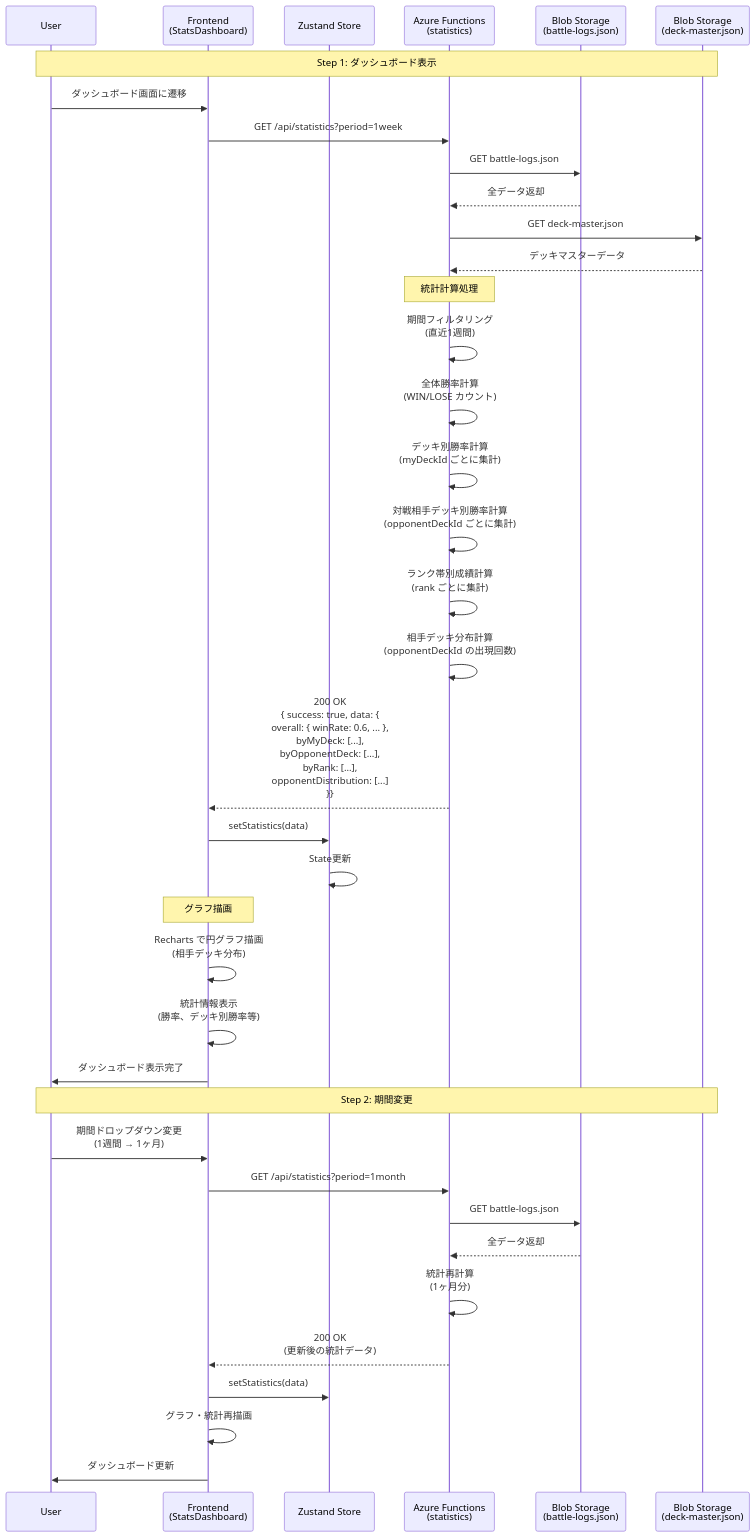
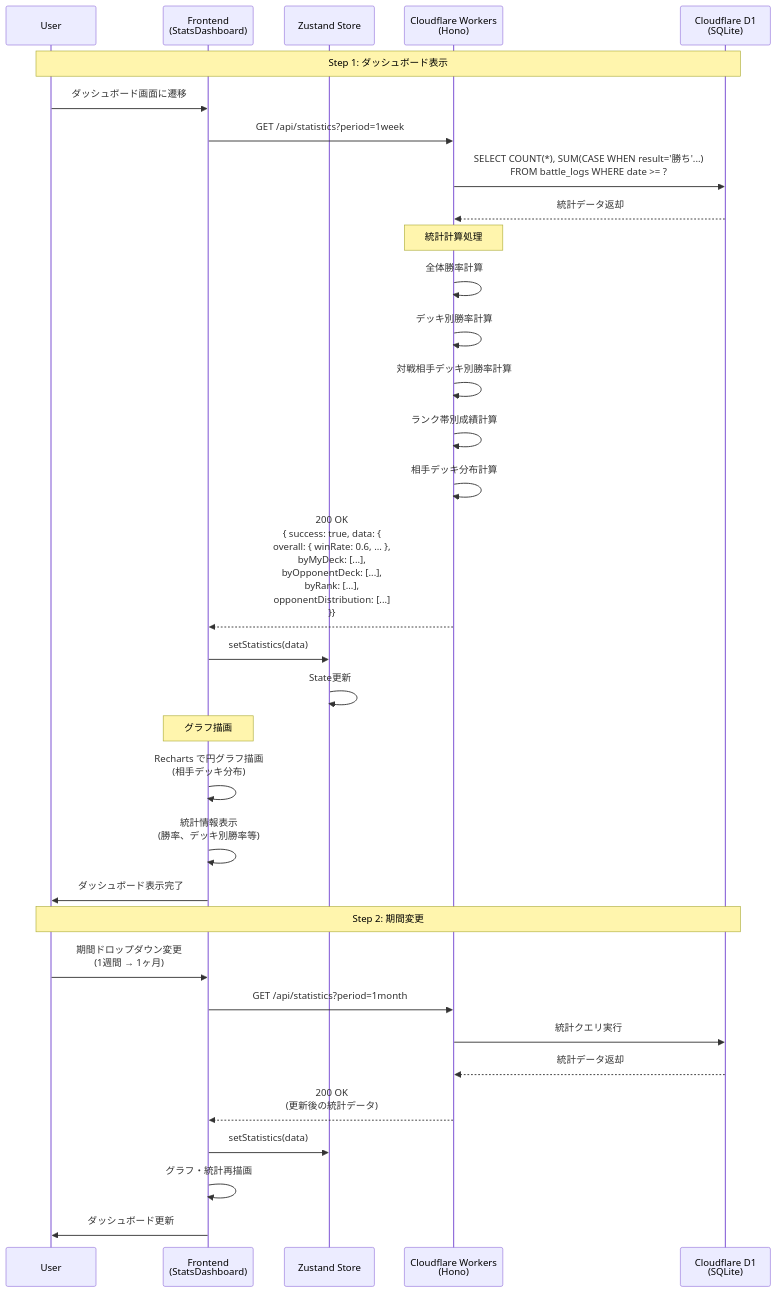
Before and after one commit to yaguma/shadowverse_log: the fourth of 9 diagrams in docs/design/shadowverse-battle-log/dataflow.md, drawn with Mermaid. The commit also changed other lines of this file and 6 other files, not shown here.

````diff
--- a/docs/design/shadowverse-battle-log/dataflow.md
+++ b/docs/design/shadowverse-battle-log/dataflow.md
@@ -144,49 +137,43 @@
 ```mermaid
 sequenceDiagram
     participant U as User
     participant F as Frontend<br/>(StatsDashboard)
     participant Z as Zustand Store
-    participant AF as Azure Functions<br/>(statistics)
-    participant BS as Blob Storage<br/>(battle-logs.json)
-    participant DM as Blob Storage<br/>(deck-master.json)
+    participant CW as Cloudflare Workers<br/>(Hono)
+    participant D1 as Cloudflare D1<br/>(SQLite)
 
-    Note over U,DM: Step 1: ダッシュボード表示
+    Note over U,D1: Step 1: ダッシュボード表示
     U->>F: ダッシュボード画面に遷移
-    F->>AF: GET /api/statistics?period=1week
+    F->>CW: GET /api/statistics?period=1week
 
-    AF->>BS: GET battle-logs.json
-    BS-->>AF: 全データ返却
+    CW->>D1: SELECT COUNT(*), SUM(CASE WHEN result='勝ち'...)<br/>FROM battle_logs WHERE date >= ?
+    D1-->>CW: 統計データ返却
 
-    AF->>DM: GET deck-master.json
-    DM-->>AF: デッキマスターデータ
+    Note over CW: 統計計算処理
+    CW->>CW: 全体勝率計算
+    CW->>CW: デッキ別勝率計算
+    CW->>CW: 対戦相手デッキ別勝率計算
+    CW->>CW: ランク帯別成績計算
+    CW->>CW: 相手デッキ分布計算
 
-    Note over AF: 統計計算処理
-    AF->>AF: 期間フィルタリング<br/>(直近1週間)
-    AF->>AF: 全体勝率計算<br/>(WIN/LOSE カウント)
-    AF->>AF: デッキ別勝率計算<br/>(myDeckId ごとに集計)
-    AF->>AF: 対戦相手デッキ別勝率計算<br/>(opponentDeckId ごとに集計)
-    AF->>AF: ランク帯別成績計算<br/>(rank ごとに集計)
-    AF->>AF: 相手デッキ分布計算<br/>(opponentDeckId の出現回数)
-
-    AF-->>F: 200 OK<br/>{ success: true, data: {<br/>  overall: { winRate: 0.6, ... },<br/>  byMyDeck: [...],<br/>  byOpponentDeck: [...],<br/>  byRank: [...],<br/>  opponentDistribution: [...]<br/>}}
+    CW-->>F: 200 OK<br/>{ success: true, data: {<br/>  overall: { winRate: 0.6, ... },<br/>  byMyDeck: [...],<br/>  byOpponentDeck: [...],<br/>  byRank: [...],<br/>  opponentDistribution: [...]<br/>}}
 
     F->>Z: setStatistics(data)
     Z->>Z: State更新
 
     Note over F: グラフ描画
     F->>F: Recharts で円グラフ描画<br/>(相手デッキ分布)
     F->>F: 統計情報表示<br/>(勝率、デッキ別勝率等)
 
     F->>U: ダッシュボード表示完了
 
-    Note over U,DM: Step 2: 期間変更
+    Note over U,D1: Step 2: 期間変更
     U->>F: 期間ドロップダウン変更<br/>(1週間 → 1ヶ月)
-    F->>AF: GET /api/statistics?period=1month
-    AF->>BS: GET battle-logs.json
-    BS-->>AF: 全データ返却
-    AF->>AF: 統計再計算<br/>(1ヶ月分)
-    AF-->>F: 200 OK<br/>(更新後の統計データ)
+    F->>CW: GET /api/statistics?period=1month
+    CW->>D1: 統計クエリ実行
+    D1-->>CW: 統計データ返却
+    CW-->>F: 200 OK<br/>(更新後の統計データ)
     F->>Z: setStatistics(data)
     F->>F: グラフ・統計再描画
     F->>U: ダッシュボード更新
 ```
````
